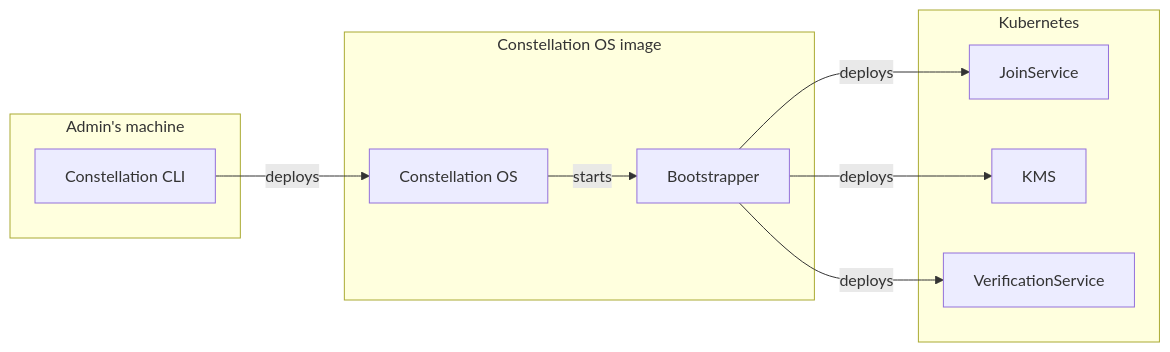
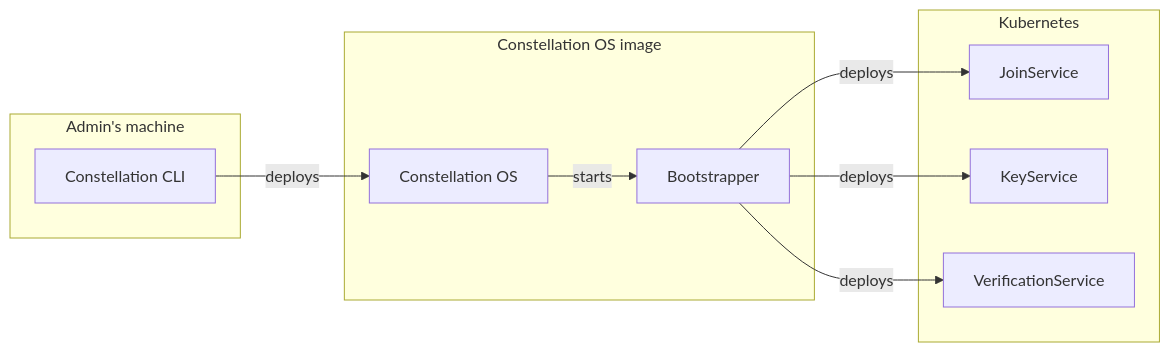
One commit to edgelesssys/constellation changed the first of 2 diagrams in docs/docs/architecture/components.md. Above: the diagram before and after it, drawn with Mermaid. The commit also changed other lines of this file and 144 other files, not shown here.

````diff
--- a/docs/docs/architecture/components.md
+++ b/docs/docs/architecture/components.md
@@ -14,20 +14,20 @@
 ```mermaid
 flowchart LR
     subgraph admin [Admin's machine]
         A[Constellation CLI]
     end
     subgraph img [Constellation OS image]
         B[Constellation OS]
         C[Bootstrapper]
     end
     subgraph Kubernetes
         D[JoinService]
-        E[KMS]
+        E[KeyService]
         F[VerificationService]
     end
     A -- deploys -->
     B -- starts --> C
     C -- deploys --> D
     C -- deploys --> E
     C -- deploys --> F
 ```
````
